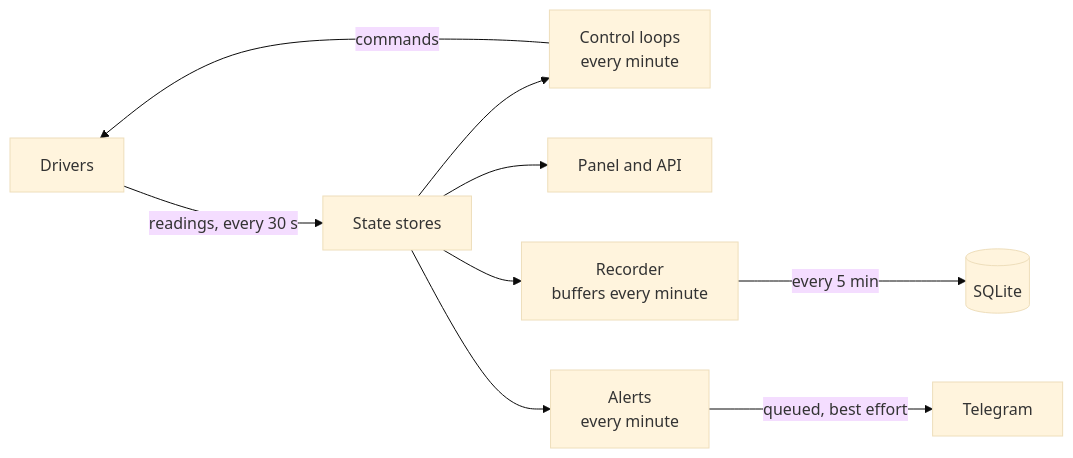
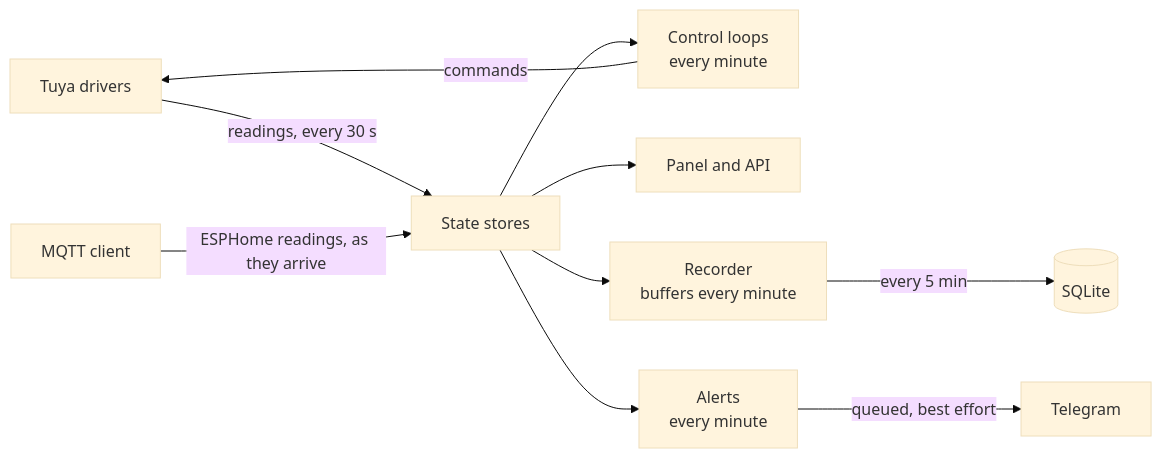
Before and after one commit to Barsoomx/teplo: the first of 2 diagrams in docs/design.md, drawn with Mermaid (base theme). The commit also changed other lines of this file and 21 other files, not shown here.

First line of the commit message:
Receive the ESPHome sensor readings over MQTT

````diff
--- a/docs/design.md
+++ b/docs/design.md
@@ -127,11 +151,12 @@
 ```mermaid
 flowchart LR
-    drivers["Drivers"] -->|"readings, every 30 s"| store["State stores"]
+    drivers["Tuya drivers"] -->|"readings, every 30 s"| store["State stores"]
+    mqtt["MQTT client"] -->|"ESPHome readings, as they arrive"| store
     store --> loops["Control loops<br/>every minute"]
     loops -->|commands| drivers
     store --> panel["Panel and API"]
     store --> recorder["Recorder<br/>buffers every minute"]
     recorder -->|"every 5 min"| sqlite[("SQLite")]
     store --> alerts["Alerts<br/>every minute"]
     alerts -->|"queued, best effort"| telegram["Telegram"]
 ```
````
